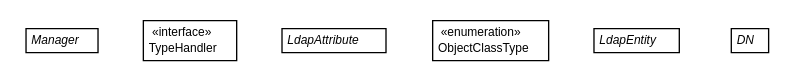
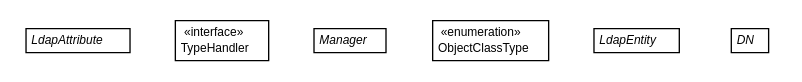
The diagram in ca/tnt/ldaputils/annotations/ca.tnt.ldaputils.annotations.dot (TrentonAdams/lpa), drawn with Graphviz before and after one commit. The commit also changed 125 other files, not shown here.

```diff
--- a/ca/tnt/ldaputils/annotations/ca.tnt.ldaputils.annotations.dot
+++ b/ca/tnt/ldaputils/annotations/ca.tnt.ldaputils.annotations.dot
@@ -1,48 +1,48 @@
 #!/usr/local/bin/dot
 #
 # Class diagram 
 # Generated by UmlGraph version 4.6 (http://www.spinellis.gr/sw/umlgraph)
 #
 
 digraph G {
 	edge [fontname="Helvetica",fontsize=10,labelfontname="Helvetica",labelfontsize=10];
 	node [fontname="Helvetica",fontsize=10,shape=plaintext];
-	// ca.tnt.ldaputils.annotations.Manager
-	c89 [label=<<table border="0" cellborder="1" cellspacing="0" cellpadding="2" port="p" href="./Manager.html">
+	// ca.tnt.ldaputils.annotations.LdapAttribute
+	c89 [label=<<table border="0" cellborder="1" cellspacing="0" cellpadding="2" port="p" href="./LdapAttribute.html">
 		<tr><td><table border="0" cellspacing="0" cellpadding="1">
-			<tr><td><font face="Helvetica-Oblique"> Manager </font></td></tr>
+			<tr><td><font face="Helvetica-Oblique"> LdapAttribute </font></td></tr>
 		</table></td></tr>
 		</table>>, fontname="Helvetica", fontcolor="black", fontsize=9.0];
 	// ca.tnt.ldaputils.annotations.TypeHandler
 	c90 [label=<<table border="0" cellborder="1" cellspacing="0" cellpadding="2" port="p" href="./TypeHandler.html">
 		<tr><td><table border="0" cellspacing="0" cellpadding="1">
 			<tr><td> &laquo;interface&raquo; </td></tr>
 			<tr><td> TypeHandler </td></tr>
 		</table></td></tr>
 		</table>>, fontname="Helvetica", fontcolor="black", fontsize=9.0];
-	// ca.tnt.ldaputils.annotations.LdapAttribute
-	c91 [label=<<table border="0" cellborder="1" cellspacing="0" cellpadding="2" port="p" href="./LdapAttribute.html">
+	// ca.tnt.ldaputils.annotations.Manager
+	c91 [label=<<table border="0" cellborder="1" cellspacing="0" cellpadding="2" port="p" href="./Manager.html">
 		<tr><td><table border="0" cellspacing="0" cellpadding="1">
-			<tr><td><font face="Helvetica-Oblique"> LdapAttribute </font></td></tr>
+			<tr><td><font face="Helvetica-Oblique"> Manager </font></td></tr>
 		</table></td></tr>
 		</table>>, fontname="Helvetica", fontcolor="black", fontsize=9.0];
 	// ca.tnt.ldaputils.annotations.ObjectClassType
 	c92 [label=<<table border="0" cellborder="1" cellspacing="0" cellpadding="2" port="p" href="./ObjectClassType.html">
 		<tr><td><table border="0" cellspacing="0" cellpadding="1">
 			<tr><td> &laquo;enumeration&raquo; </td></tr>
 			<tr><td> ObjectClassType </td></tr>
 		</table></td></tr>
 		</table>>, fontname="Helvetica", fontcolor="black", fontsize=9.0];
 	// ca.tnt.ldaputils.annotations.LdapEntity
 	c93 [label=<<table border="0" cellborder="1" cellspacing="0" cellpadding="2" port="p" href="./LdapEntity.html">
 		<tr><td><table border="0" cellspacing="0" cellpadding="1">
 			<tr><td><font face="Helvetica-Oblique"> LdapEntity </font></td></tr>
 		</table></td></tr>
 		</table>>, fontname="Helvetica", fontcolor="black", fontsize=9.0];
 	// ca.tnt.ldaputils.annotations.DN
 	c94 [label=<<table border="0" cellborder="1" cellspacing="0" cellpadding="2" port="p" href="./DN.html">
 		<tr><td><table border="0" cellspacing="0" cellpadding="1">
 			<tr><td><font face="Helvetica-Oblique"> DN </font></td></tr>
 		</table></td></tr>
 		</table>>, fontname="Helvetica", fontcolor="black", fontsize=9.0];
 }
```
